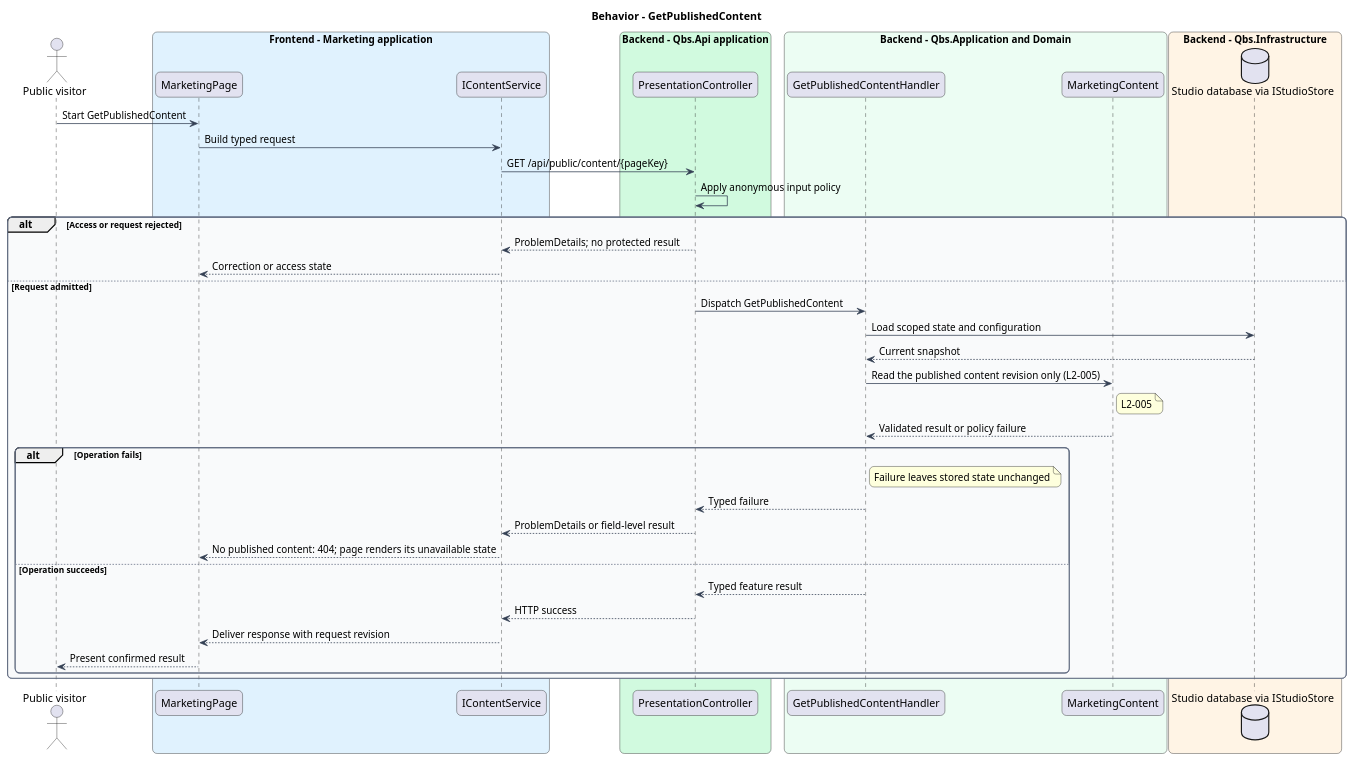
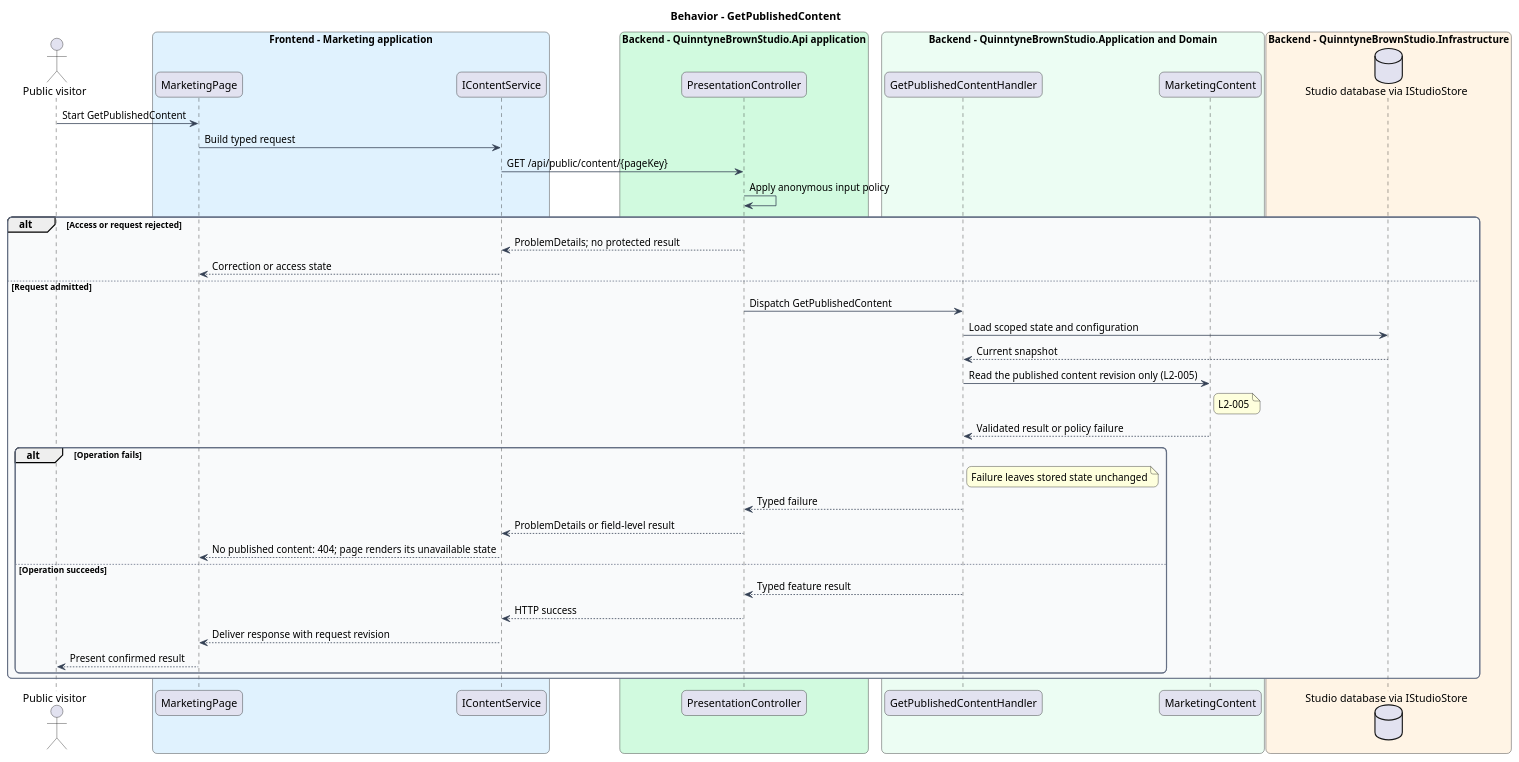
The diagram in docs/detailed-designs/public-presentation/manage-marketing-content/diagrams/sequence-get-published-content.puml (QuinntyneBrown/quinntyne-brown-studio), drawn with PlantUML before and after one commit. The commit also changed 922 other files, not shown here.

```diff
--- a/docs/detailed-designs/public-presentation/manage-marketing-content/diagrams/sequence-get-published-content.puml
+++ b/docs/detailed-designs/public-presentation/manage-marketing-content/diagrams/sequence-get-published-content.puml
@@ -1,60 +1,60 @@
 @startuml
 skinparam backgroundColor #FFFFFF
 skinparam shadowing false
 skinparam roundcorner 12
 skinparam defaultFontName Arial
 skinparam ArrowColor #344054
 skinparam rectangle {
   BorderColor #344054
   FontColor #101828
 }
 skinparam package {
   BorderColor #667085
   FontColor #101828
   BackgroundColor #F9FAFB
 }
 title Behavior - GetPublishedContent
 actor "Public visitor" as actor
 box "Frontend - Marketing application" #E0F2FE
  participant "MarketingPage" as page
  participant "IContentService" as client
 end box
-box "Backend - Qbs.Api application" #D1FADF
+box "Backend - QuinntyneBrownStudio.Api application" #D1FADF
  participant "PresentationController" as controller
 end box
-box "Backend - Qbs.Application and Domain" #ECFDF3
+box "Backend - QuinntyneBrownStudio.Application and Domain" #ECFDF3
  participant "GetPublishedContentHandler" as handler
  participant "MarketingContent" as entity
 end box
-box "Backend - Qbs.Infrastructure" #FFF4E5
+box "Backend - QuinntyneBrownStudio.Infrastructure" #FFF4E5
  database "Studio database via IStudioStore" as db
 end box
 actor -> page : Start GetPublishedContent
 page -> client : Build typed request
 client -> controller : GET /api/public/content/{pageKey}
 controller -> controller : Apply anonymous input policy
 alt Access or request rejected
 controller --> client : ProblemDetails; no protected result
 client --> page : Correction or access state
 else Request admitted
 controller -> handler : Dispatch GetPublishedContent
 handler -> db : Load scoped state and configuration
 db --> handler : Current snapshot
 handler -> entity : Read the published content revision only (L2-005)
 note right of entity
 L2-005
 end note
 entity --> handler : Validated result or policy failure
 alt Operation fails
 note right of handler : Failure leaves stored state unchanged
 handler --> controller : Typed failure
 controller --> client : ProblemDetails or field-level result
 client --> page : No published content: 404; page renders its unavailable state
 else Operation succeeds
 handler --> controller : Typed feature result
 controller --> client : HTTP success
 client --> page : Deliver response with request revision
 page --> actor : Present confirmed result
 end
 end
 @enduml
```
